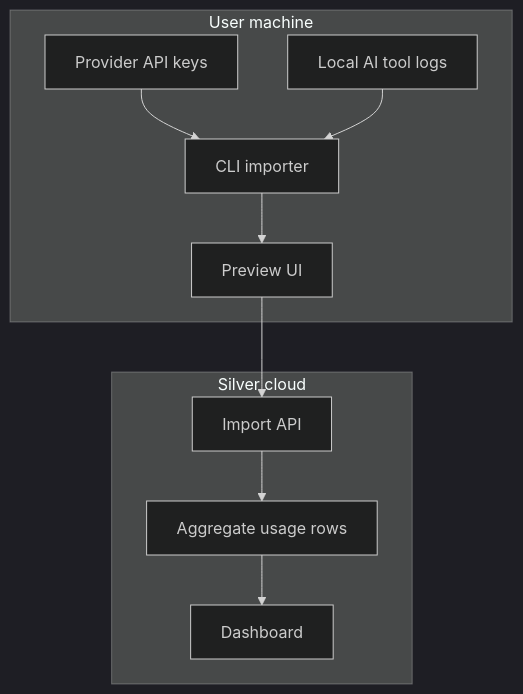
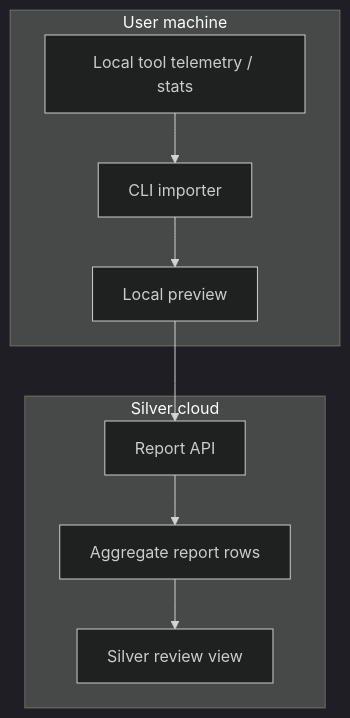
The second of 2 diagrams in docs/architecture.md (Zogar89/silver-usage-report), drawn with Mermaid (dark theme) before and after one commit. The commit also changed other lines of this file and 11 other files, not shown here.

Commit message:
docs: define silver usage report scope

````diff
--- a/docs/architecture.md
+++ b/docs/architecture.md
@@ -89,22 +128,20 @@
 ```mermaid
 flowchart TB
   subgraph LocalMachine["User machine"]
-    Keys["Provider API keys"]
-    Logs["Local AI tool logs"]
+    Stats["Local tool telemetry / stats"]
     Importer["CLI importer"]
-    Preview["Preview UI"]
+    LocalPreview["Local preview"]
   end
 
   subgraph SilverCloud["Silver cloud"]
-    ImportAPI["Import API"]
-    Aggregates["Aggregate usage rows"]
-    Dashboard["Dashboard"]
+    ReportAPI["Report API"]
+    Aggregates["Aggregate report rows"]
+    Review["Silver review view"]
   end
 
-  Keys --> Importer
-  Logs --> Importer
-  Importer --> Preview
-  Preview --> ImportAPI
-  ImportAPI --> Aggregates
-  Aggregates --> Dashboard
+  Stats --> Importer
+  Importer --> LocalPreview
+  LocalPreview --> ReportAPI
+  ReportAPI --> Aggregates
+  Aggregates --> Review
 ```
````
